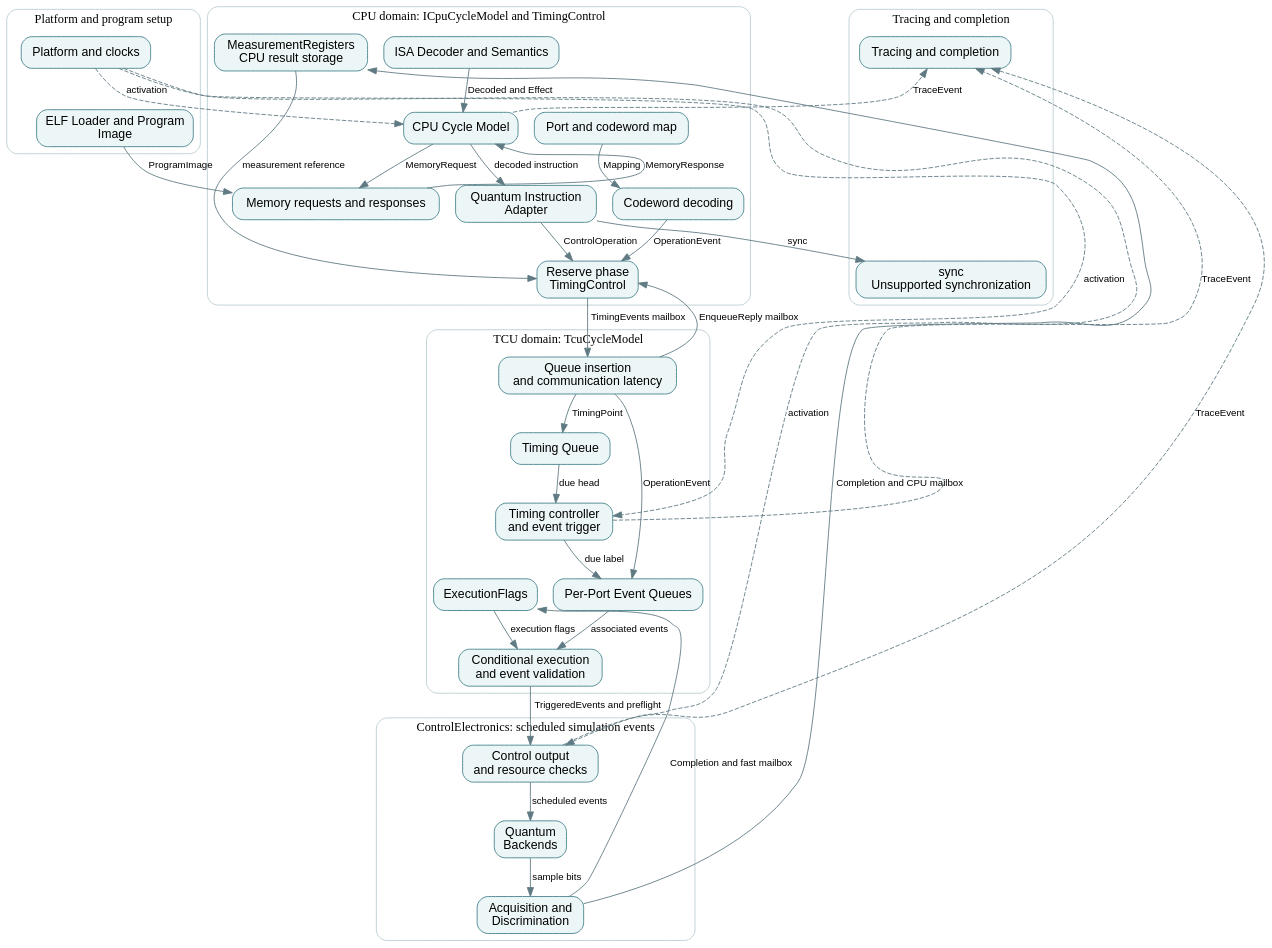
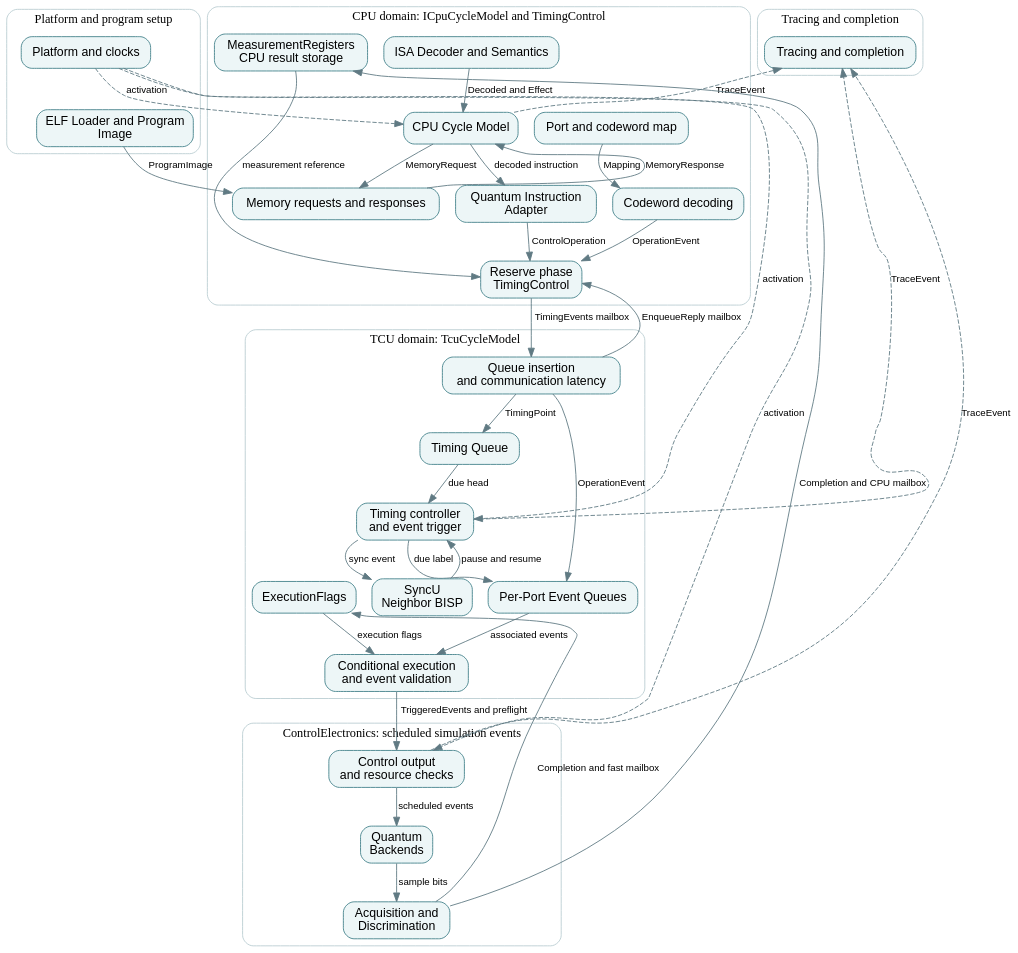
The diagram in docs/implementation.dot (qsbit-org/qsbit-sim), drawn with Graphviz before and after one commit. The commit also changed 48 other files, not shown here.

Commit message:
feat(sync): support multicore BISP neighbor synchronization

```diff
--- a/docs/implementation.dot
+++ b/docs/implementation.dot
@@ -1,65 +1,66 @@
 digraph implementation {
   graph [rankdir=TB, newrank=true, bgcolor="transparent", pad=0.2, nodesep=0.25, ranksep=0.45, compound=true];
   node [shape=box, style="rounded,filled", fillcolor="#edf6f7", color="#43818a", fontname="sans-serif", fontsize=14, margin="0.12,0.08", target="_top"];
   edge [color="#607a83", fontname="sans-serif", fontsize=11];
   subgraph cluster_setup { label="Platform and program setup"; color="#bacdd2"; style="rounded";
     m0 [label="Platform and clocks", href="modules/platform-and-clock-adapter.html", id="module-platform-and-clock-adapter"];
     m1 [label="ELF Loader and Program\nImage", href="modules/elf-loader-and-program-image.html", id="module-elf-loader-and-program-image"];
   }
   subgraph cluster_cpu { label="CPU domain: ICpuCycleModel and TimingControl"; color="#bacdd2"; style="rounded";
     m2 [label="ISA Decoder and Semantics", href="modules/isa-decoder-and-semantics.html", id="module-isa-decoder-and-semantics"];
     m3 [label="CPU Cycle Model", href="modules/cpu-cycle-model.html", id="module-cpu-cycle-model"];
     m4 [label="Memory requests and responses", href="modules/memory-and-response-model.html", id="module-memory-and-response-model"];
     m5 [label="Quantum Instruction\nAdapter", href="modules/quantum-instruction-adapter.html", id="module-quantum-instruction-adapter"];
     m13 [label="Port and codeword map", href="modules/port-codeword-and-waveform-map.html", id="module-port-codeword-and-waveform-map"];
     m6 [label="Codeword decoding", href="modules/codeword-decoding.html", id="module-codeword-decoding"];
     m7 [label="Reserve phase\nTimingControl", href="modules/reserve-phase.html", id="module-reserve-phase"];
     m17 [label="MeasurementRegisters\nCPU result storage", href="modules/measurement-registers.html", id="module-measurement-registers"];
   }
   subgraph cluster_tcu { label="TCU domain: TcuCycleModel"; color="#bacdd2"; style="rounded";
     m8 [label="Queue insertion\nand communication latency", href="modules/queue-enqueue.html", id="module-queue-enqueue"];
     m9 [label="Timing Queue", href="modules/timing-queue.html", id="module-timing-queue"];
     m10 [label="Per-Port Event Queues", href="modules/per-port-event-queues.html", id="module-per-port-event-queues"];
     m11 [label="Timing controller\nand event trigger", href="modules/timing-controller.html", id="module-timing-controller"];
     m12 [label="Conditional execution\nand event validation", href="modules/conditional-execution.html", id="module-conditional-execution"];
     m18 [label="ExecutionFlags", href="modules/execution-flags.html", id="module-execution-flags"];
+    m20 [label="SyncU\nNeighbor BISP", href="modules/synchronization.html", id="module-synchronization"];
   }
   subgraph cluster_device { label="ControlElectronics: scheduled simulation events"; color="#bacdd2"; style="rounded";
     m14 [label="Control output\nand resource checks", href="modules/control-output.html", id="module-control-output"];
     m15 [label="Quantum\nBackends", href="modules/quantum-device-model.html", id="module-quantum-device-model"];
     m16 [label="Acquisition and\nDiscrimination", href="modules/acquisition-and-discrimination.html", id="module-acquisition-and-discrimination"];
   }
   subgraph cluster_lifecycle { label="Tracing and completion"; color="#bacdd2"; style="rounded";
     m19 [label="Tracing and completion", href="modules/trace-recorder-and-stop-controller.html", id="module-trace-recorder-and-stop-controller"];
-    m20 [label="sync\nUnsupported synchronization", href="modules/future-synchronization-adapter.html", id="module-future-synchronization-adapter"];
   }
   m1 -> m4 [label="ProgramImage"];
   m4 -> m3 [constraint=false, label="MemoryResponse"];
   m3 -> m4 [label="MemoryRequest"];
   m2 -> m3 [label="Decoded and Effect"];
   m3 -> m5 [label="decoded instruction"];
   m5 -> m7 [label="ControlOperation"];
   m13 -> m6 [label="Mapping"];
   m6 -> m7 [label="OperationEvent"];
   m7 -> m8 [label="TimingEvents mailbox"];
   m8 -> m7 [constraint=false, label="EnqueueReply mailbox"];
   m8 -> m9 [label="TimingPoint"];
   m8 -> m10 [label="OperationEvent"];
   m9 -> m11 [label="due head"];
   m11 -> m10 [label="due label"];
   m10 -> m12 [label="associated events"];
   m18 -> m12 [label="execution flags"];
   m12 -> m14 [label="TriggeredEvents and preflight"];
   m14 -> m15 [label="scheduled events"];
   m15 -> m16 [label="sample bits"];
   m16 -> m17 [constraint=false, label="Completion and CPU mailbox"];
   m16 -> m18 [constraint=false, label="Completion and fast mailbox"];
   m17 -> m7 [constraint=false, label="measurement reference"];
-  m5 -> m20 [label="sync"];
+  m11 -> m20 [label="sync event"];
+  m20 -> m11 [constraint=false, label="pause and resume"];
   m0 -> m3 [style=dashed, constraint=false, label="activation"];
   m0 -> m11 [style=dashed, constraint=false, label="activation"];
   m0 -> m14 [style=dashed, constraint=false, label="activation"];
   m3 -> m19 [style=dashed, constraint=false, label="TraceEvent"];
   m11 -> m19 [style=dashed, constraint=false, label="TraceEvent"];
   m14 -> m19 [style=dashed, constraint=false, label="TraceEvent"];
 }
```
